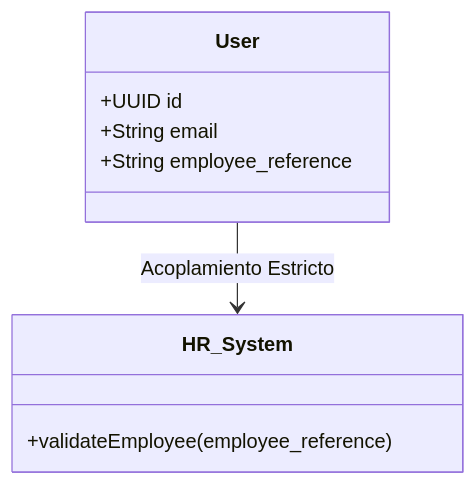
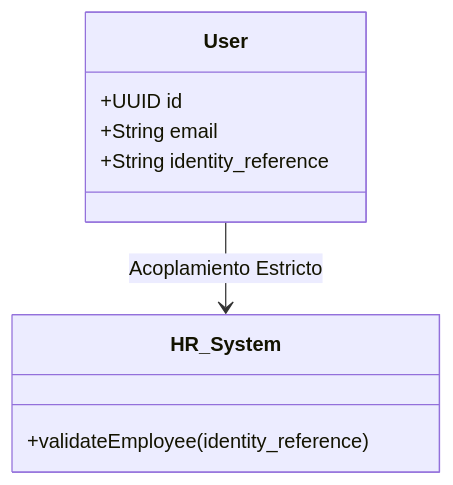
One commit to beyondnetcode/ums changed the first of 2 diagrams in src/ums-workspace/docs/es/03-adrs/0031-abstract-identity-domain-subject.md. Above: the diagram before and after it, drawn with Mermaid. The commit also changed other lines of this file and 13 other files, not shown here.

````diff
--- a/src/ums-workspace/docs/es/03-adrs/0031-abstract-identity-domain-subject.md
+++ b/src/ums-workspace/docs/es/03-adrs/0031-abstract-identity-domain-subject.md
@@ -41,12 +41,12 @@
 ```mermaid
 classDiagram
     class User {
         +UUID id
         +String email
-        +String employee_reference
+        +String identity_reference
     }
     class HR_System {
-        +validateEmployee(employee_reference)
+        +validateEmployee(identity_reference)
     }
     User --> HR_System : Acoplamiento Estricto
 ```
````
